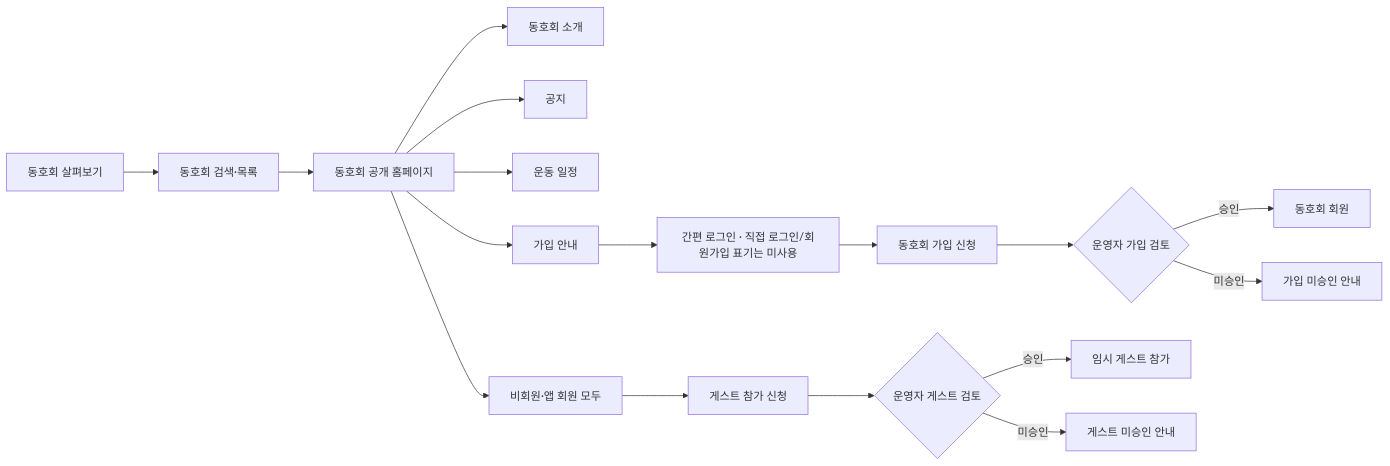
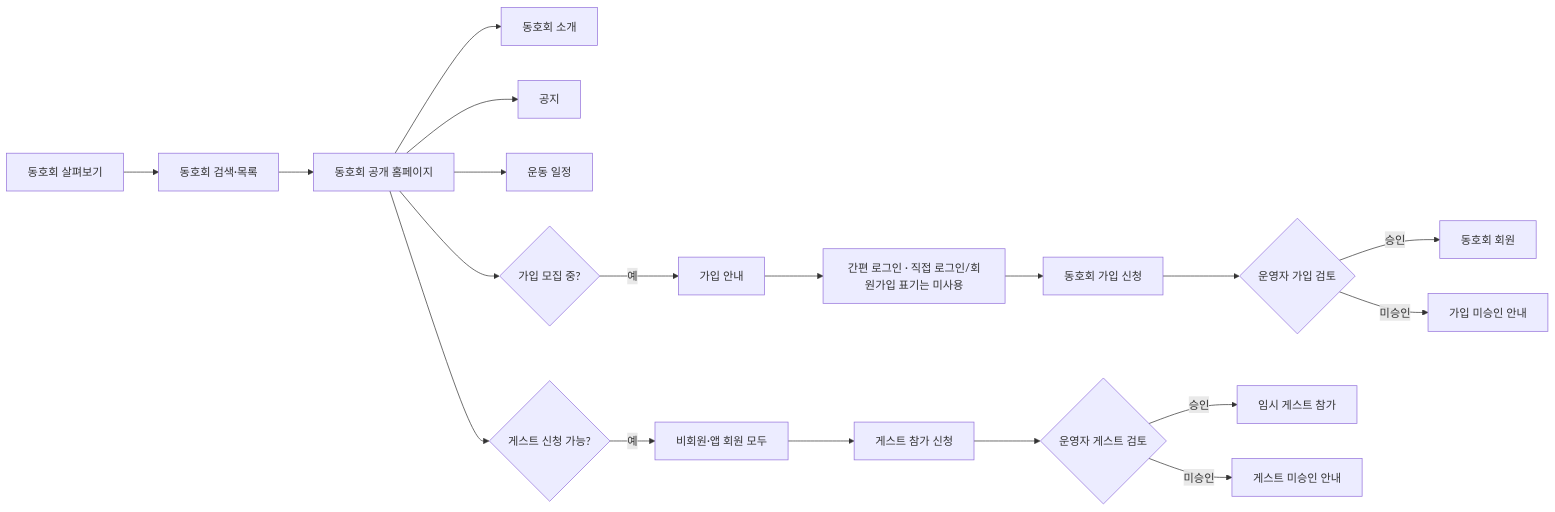
Before and after one commit to 2hyun2/badminton-club-platform: the seventh of 9 diagrams in 02 UI 화면 흐름.md, drawn with Mermaid. The commit also changed other lines of this file and 13 other files, not shown here.

````diff
--- a/02 UI 화면 흐름.md
+++ b/02 UI 화면 흐름.md
@@ -249,19 +257,21 @@
 ```mermaid
 flowchart LR
     Explore[동호회 살펴보기] --> ClubSearch[동호회 검색·목록]
     ClubSearch --> PublicHome[동호회 공개 홈페이지]
     PublicHome[동호회 공개 홈페이지] --> Intro[동호회 소개]
     PublicHome --> Notice[공지]
     PublicHome --> Schedule[운동 일정]
-    PublicHome --> JoinGuide[가입 안내]
+    PublicHome --> MembershipOpen{가입 모집 중?}
+    MembershipOpen -- 예 --> JoinGuide[가입 안내]
     JoinGuide --> LoginOrSignup[간편 로그인 · 직접 로그인/회원가입 표기는 미사용]
     LoginOrSignup --> MembershipApply[동호회 가입 신청]
     MembershipApply --> MembershipReview{운영자 가입 검토}
     MembershipReview -- 승인 --> Member[동호회 회원]
     MembershipReview -- 미승인 --> MembershipRejected[가입 미승인 안내]
-    PublicHome --> GuestEligibility[비회원·앱 회원 모두]
+    PublicHome --> GuestOpen{게스트 신청 가능?}
+    GuestOpen -- 예 --> GuestEligibility[비회원·앱 회원 모두]
     GuestEligibility --> GuestApply[게스트 참가 신청]
     GuestApply --> GuestReview{운영자 게스트 검토}
     GuestReview -- 승인 --> GuestPass[임시 게스트 참가]
     GuestReview -- 미승인 --> GuestRejected[게스트 미승인 안내]
 ```
````
